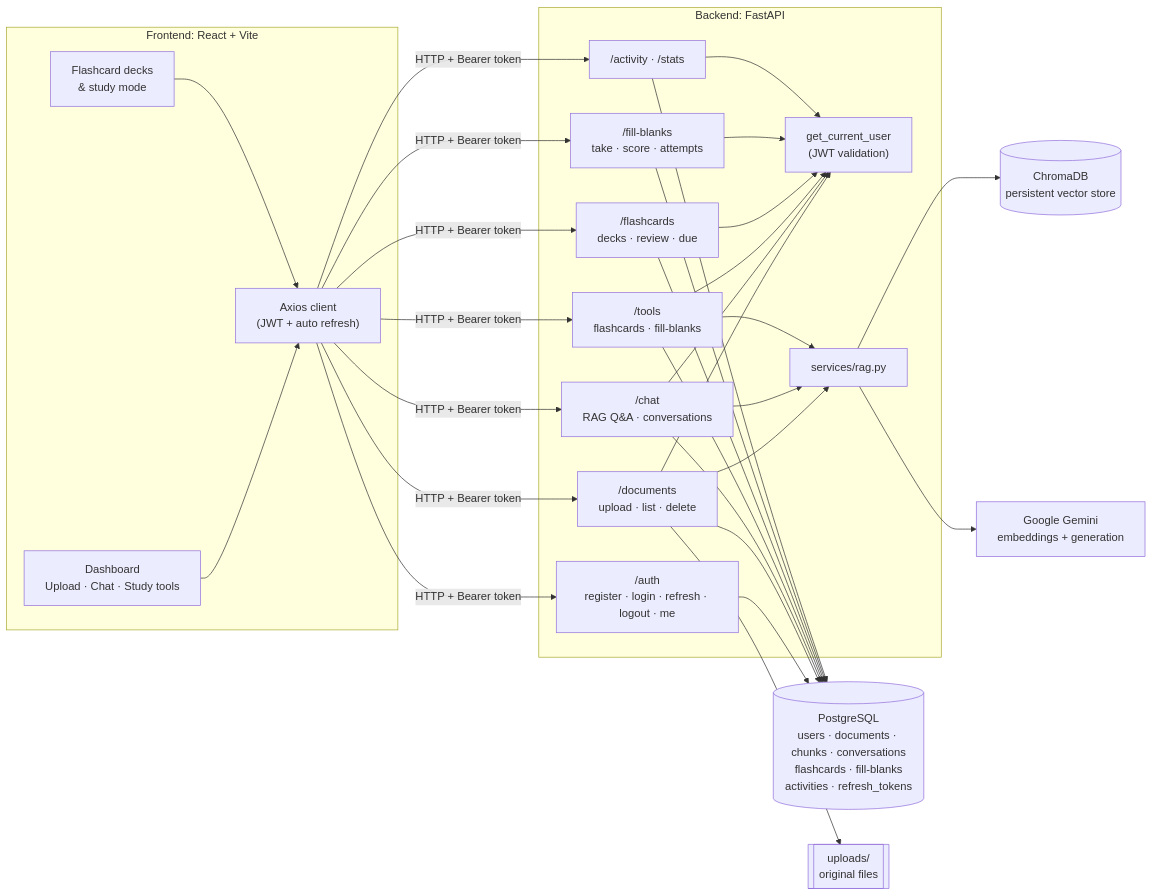
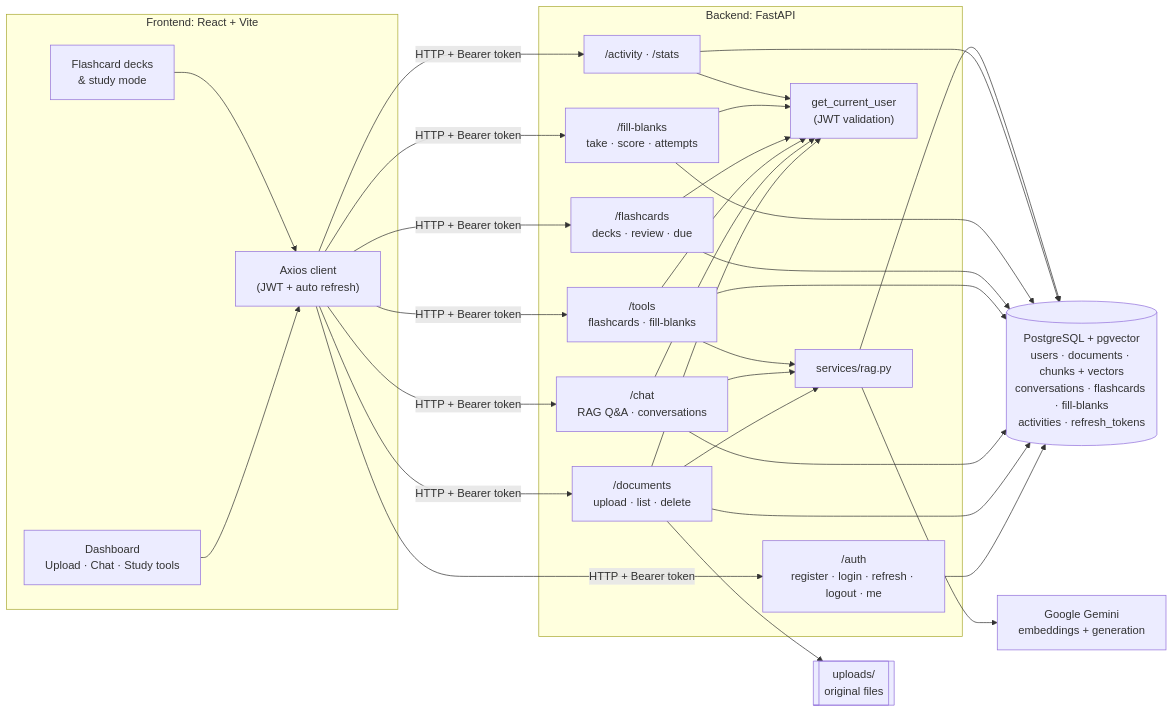
The first of 2 diagrams in README.md (sbsai25/studyvault), drawn with Mermaid before and after one commit. The commit also changed other lines of this file, not shown here.

````diff
--- a/README.md
+++ b/README.md
@@ -73,35 +72,34 @@
 ```mermaid
 flowchart LR
     subgraph Client["Frontend: React + Vite"]
         UI["Dashboard<br/>Upload · Chat · Study tools"]
         FC["Flashcard decks<br/>& study mode"]
         AX["Axios client<br/>(JWT + auto refresh)"]
         UI --> AX
         FC --> AX
     end
 
     subgraph API["Backend: FastAPI"]
         AUTH["/auth<br/>register · login · refresh · logout · me"]
         DOCS["/documents<br/>upload · list · delete"]
         CHAT["/chat<br/>RAG Q&A · conversations"]
         TOOLS["/tools<br/>flashcards · fill-blanks"]
         CARDS["/flashcards<br/>decks · review · due"]
         PRACTICE["/fill-blanks<br/>take · score · attempts"]
         STATS["/activity · /stats"]
         DEP["get_current_user<br/>(JWT validation)"]
         RAG["services/rag.py"]
     end
 
-    PG[("PostgreSQL<br/>users · documents · chunks · conversations<br/>flashcards · fill-blanks<br/>activities · refresh_tokens")]
-    CH[("ChromaDB<br/>persistent vector store")]
+    PG[("PostgreSQL + pgvector<br/>users · documents · chunks + vectors<br/>conversations · flashcards · fill-blanks<br/>activities · refresh_tokens")]
     FS[["uploads/<br/>original files"]]
     GEM["Google Gemini<br/>embeddings + generation"]
 
     AX -->|HTTP + Bearer token| AUTH & DOCS & CHAT & TOOLS & CARDS & PRACTICE & STATS
     DOCS & CHAT & TOOLS & CARDS & PRACTICE & STATS --> DEP
     AUTH & DOCS & CHAT & TOOLS & CARDS & PRACTICE & STATS --> PG
     DOCS --> FS
     DOCS & CHAT & TOOLS --> RAG
-    RAG --> CH
+    RAG --> PG
     RAG --> GEM
 ```
````
